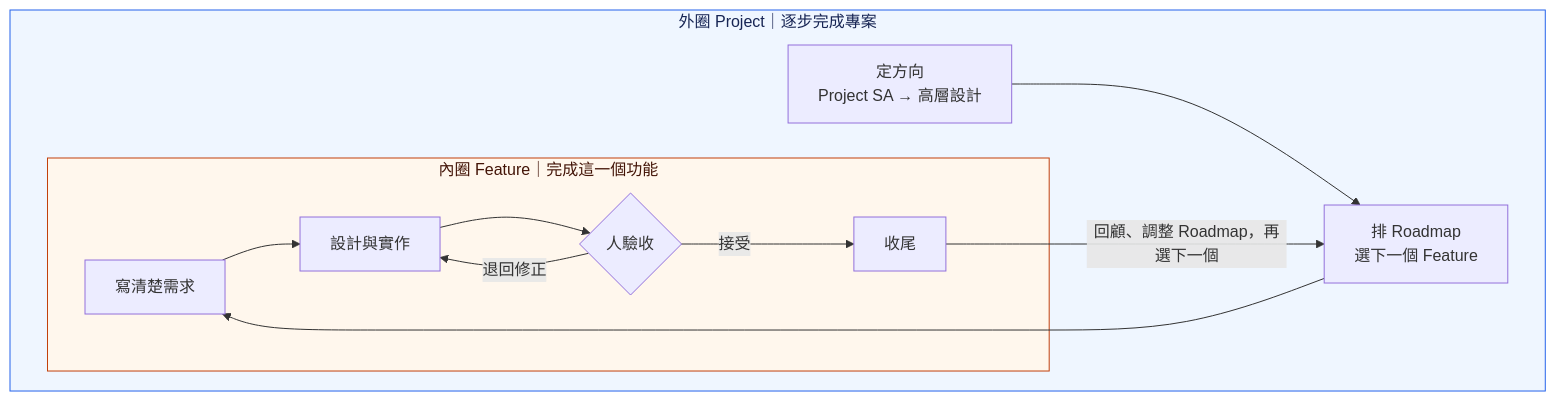
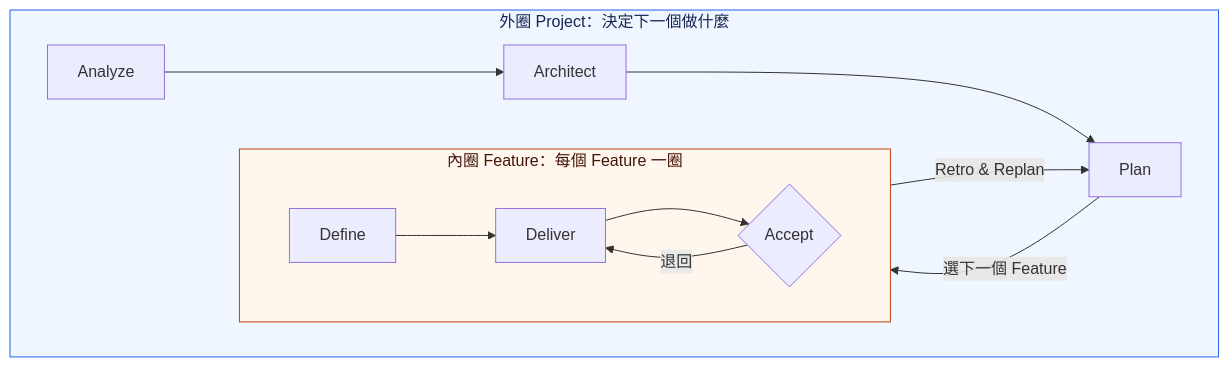
One commit to ellis429/loop-engineering changed the first of 3 diagrams in docs/guide/user-guide.md. Above: the diagram before and after it, drawn with Mermaid. The commit also changed other lines of this file, not shown here.

````diff
--- a/docs/guide/user-guide.md
+++ b/docs/guide/user-guide.md
@@ -11,21 +11,16 @@
 ```mermaid
-flowchart TB
-  subgraph Project["外圈 Project｜逐步完成專案"]
-    P["定方向<br/>Project SA → 高層設計"]
-    R["排 Roadmap<br/>選下一個 Feature"]
-    subgraph Feature["內圈 Feature｜完成這一個功能"]
-      S["寫清楚需求"]
-      B["設計與實作"]
-      V{"人驗收"}
-      C["收尾"]
-      S --> B --> V
-      V -->|退回修正| B
-      V -->|接受| C
+flowchart LR
+  subgraph Project["外圈 Project：決定下一個做什麼"]
+    direction LR
+    A1["Analyze"] --> A2["Architect"] --> A3["Plan"]
+    subgraph Feature["內圈 Feature：每個 Feature 一圈"]
+      direction LR
+      F1["Define"] --> F2["Deliver"] --> F3{"Accept"}
+      F3 -->|退回| F2
     end
-    P --> R
-    R --> S
-    C -->|回顧、調整 Roadmap，再選下一個| R
+    A3 -->|選下一個 Feature| F1
+    F3 -->|Retro & Replan| A3
   end
   style Project fill:#eff6ff,stroke:#2563eb,color:#172554
   style Feature fill:#fff7ed,stroke:#c2410c,color:#431407
 ```
````
